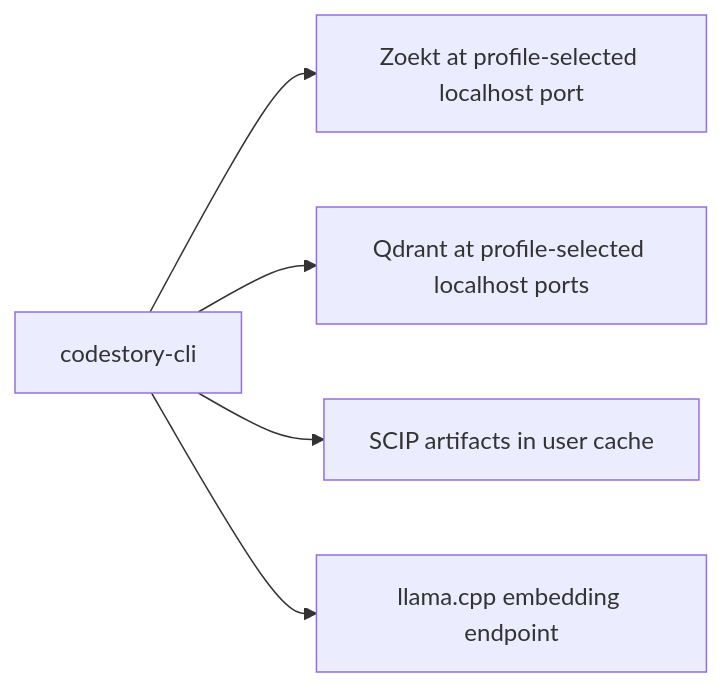
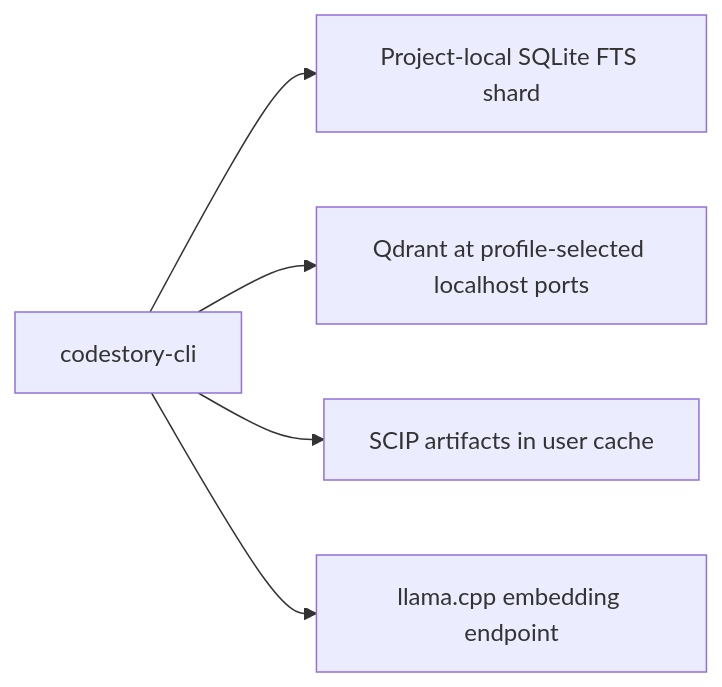
One commit to TheGreenCedar/CodeStory changed the diagram in docs/ops/retrieval-sidecars.md. Above: the diagram before and after it, drawn with Mermaid. The commit also changed other lines of this file and 63 other files, not shown here.

Commit message:
replace faux zoekt with sqlite lexical

````diff
--- a/docs/ops/retrieval-sidecars.md
+++ b/docs/ops/retrieval-sidecars.md
@@ -28,7 +28,7 @@
 ```mermaid
 flowchart LR
-    cli[codestory-cli] --> zoekt["Zoekt at profile-selected localhost port"]
+    cli[codestory-cli] --> lexical["Project-local SQLite FTS shard"]
     cli --> qdrant["Qdrant at profile-selected localhost ports"]
     cli --> scip[SCIP artifacts in user cache]
     cli --> embed[llama.cpp embedding endpoint]
 ```
````
